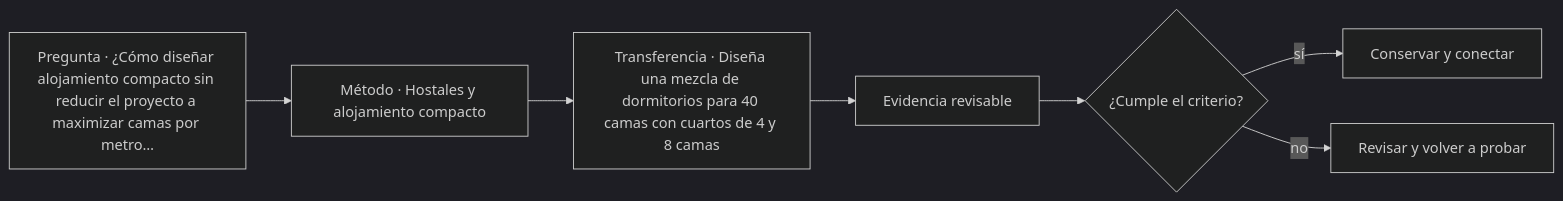
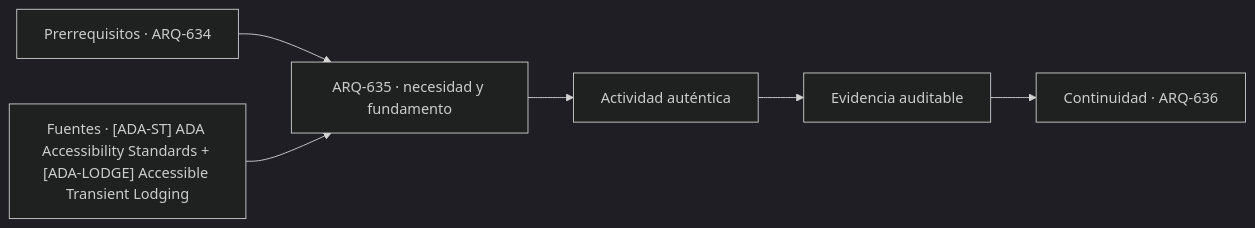
One commit to vladimiracunadev-create/architecture-built-environment-learning-program changed the diagram in classes/parte-64/ARQ-635.md. Above: the diagram before and after it, drawn with Mermaid (dark theme). The commit also changed other lines of this file and 761 other files, not shown here.

````diff
--- a/classes/parte-64/ARQ-635.md
+++ b/classes/parte-64/ARQ-635.md
@@ -58,9 +70,8 @@
 ```mermaid
 flowchart LR
-    Q["Pregunta · ¿Cómo diseñar alojamiento compacto sin reducir el proyecto a maximizar camas por metro…"] --> M["Método · Hostales y alojamiento compacto"]
-    M --> P["Transferencia · Diseña una mezcla de dormitorios para 40 camas con cuartos de 4 y 8 camas"]
-    P --> E["Evidencia revisable"]
-    E --> C{"¿Cumple el criterio?"}
-    C -->|sí| T["Conservar y conectar"]
-    C -->|no| R["Revisar y volver a probar"]
+    A["Prerrequisitos · ARQ-634"] --> B["ARQ-635 · necesidad y fundamento"]
+    S["Fuentes · [ADA-ST] ADA Accessibility Standards + [ADA-LODGE] Accessible Transient Lodging"] --> B
+    B --> C["Actividad auténtica"]
+    C --> D["Evidencia auditable"]
+    D --> E["Continuidad · ARQ-636"]
 ```
````
